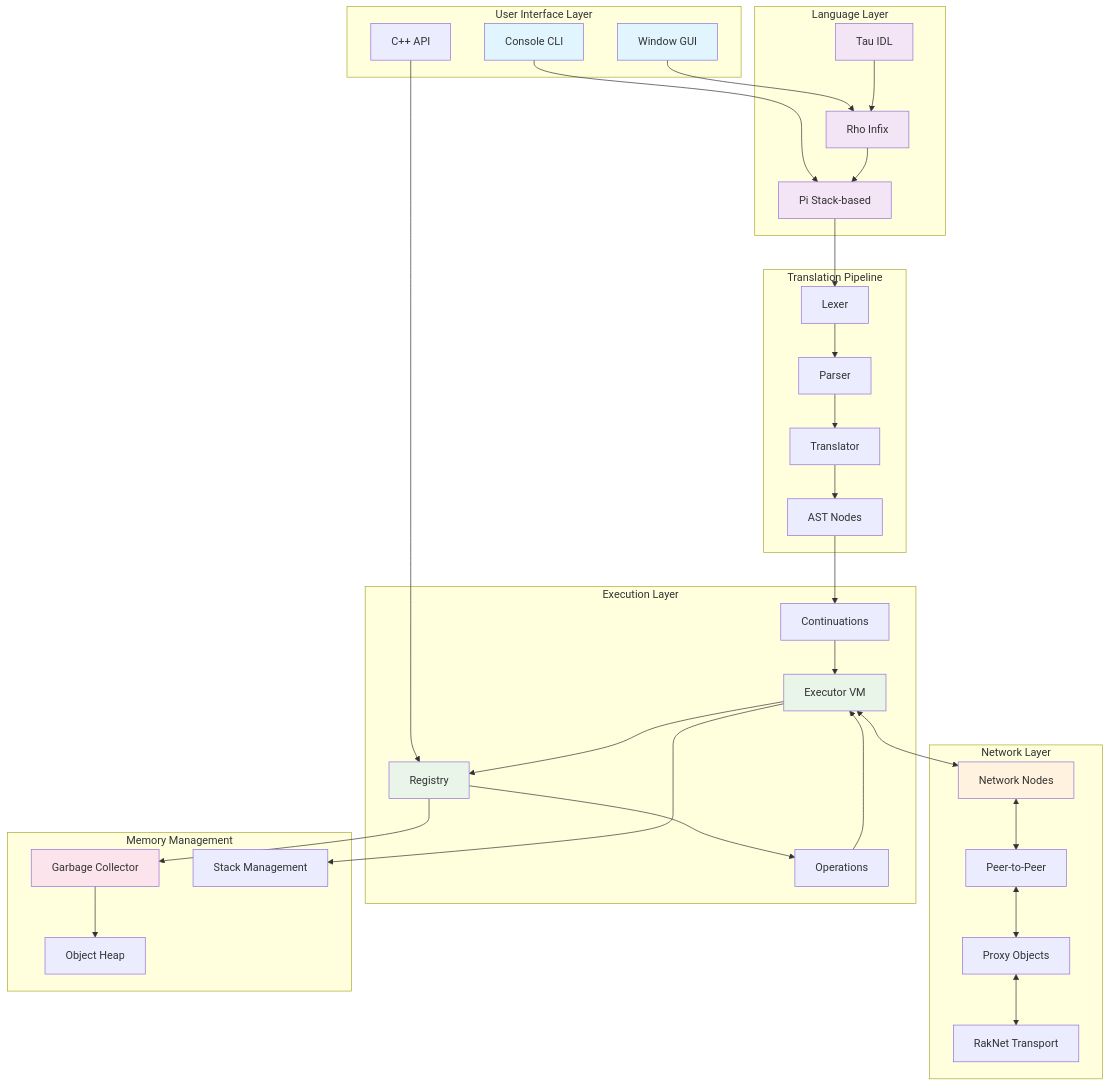
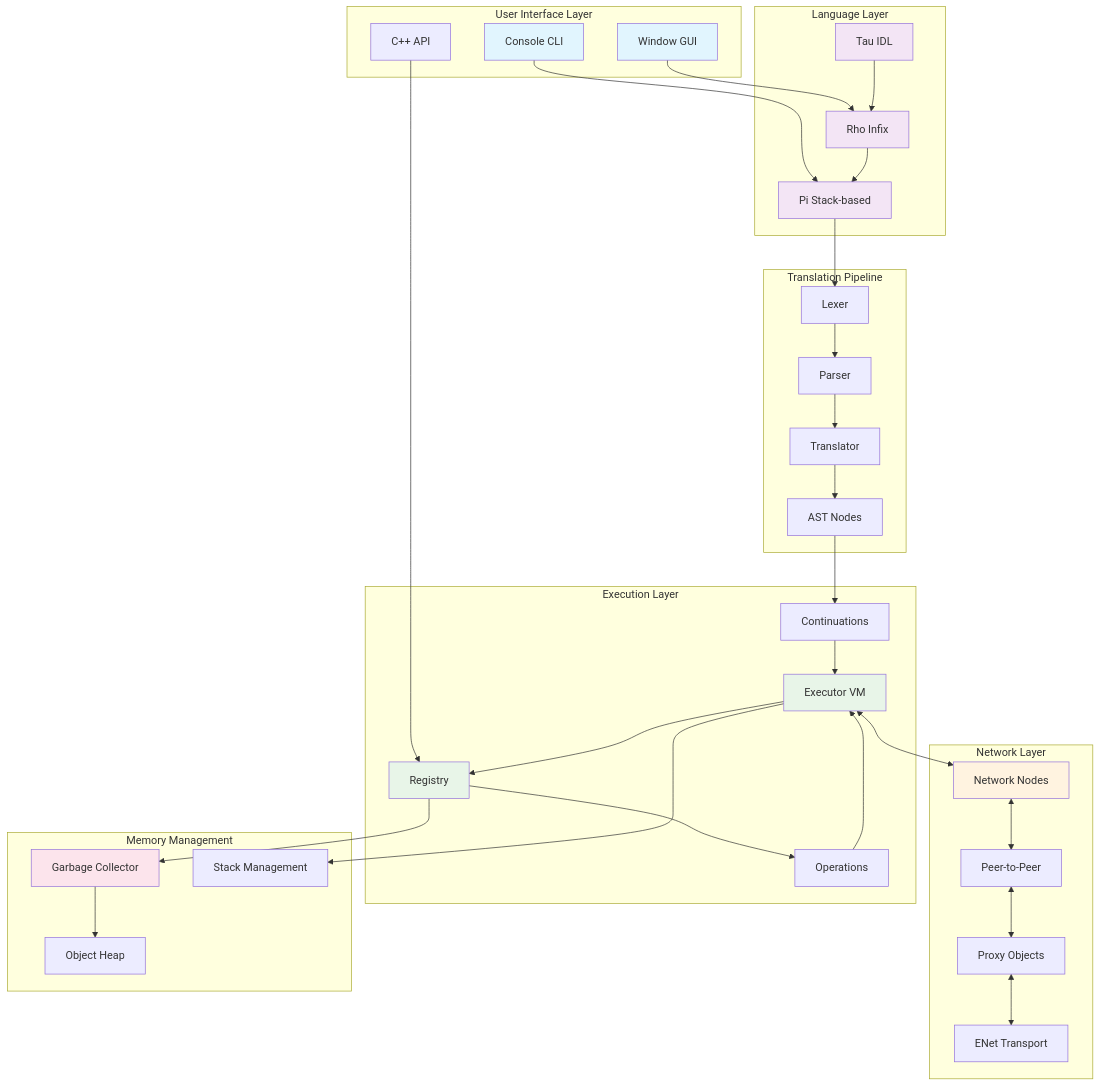
One commit to cschladetsch/CppKAI changed the first of 3 diagrams in resources/diagrams/overall-system-architecture.md. Above: the diagram before and after it, drawn with Mermaid. The commit also changed 136 other files, not shown here.

Commit message:
Remove RakNet and add ENet transport abstraction

````diff
--- a/resources/diagrams/overall-system-architecture.md
+++ b/resources/diagrams/overall-system-architecture.md
@@ -5,78 +5,78 @@
 ```mermaid
 graph TB
     subgraph "User Interface Layer"
         CLI[Console CLI]
         WIN[Window GUI]
         API[C++ API]
     end
     
     subgraph "Language Layer"
         TAU["Tau IDL"]
         RHO["Rho Infix"]
         PI["Pi Stack-based"]
     end
     
     subgraph "Translation Pipeline"
         LEX[Lexer]
         PAR[Parser] 
         TRA[Translator]
         AST[AST Nodes]
     end
     
     subgraph "Execution Layer"
         EXE[Executor VM]
         REG[Registry]
         CON[Continuations]
         OPS[Operations]
     end
     
     subgraph "Network Layer"
         NODE[Network Nodes]
         PEER[Peer-to-Peer]
         PROXY[Proxy Objects]
-        RAKNET[RakNet Transport]
+        ENET[ENet Transport]
     end
     
     subgraph "Memory Management"
         GC[Garbage Collector]
         HEAP[Object Heap]
         STACK[Stack Management]
     end
     
     CLI --> PI
     WIN --> RHO
     API --> REG
     
     TAU --> RHO
     RHO --> PI
     PI --> LEX
     
     LEX --> PAR
     PAR --> TRA
     TRA --> AST
     AST --> CON
     
     CON --> EXE
     EXE --> REG
     REG --> OPS
     OPS --> EXE
     
     EXE <--> NODE
     NODE <--> PEER
     PEER <--> PROXY
-    PROXY <--> RAKNET
+    PROXY <--> ENET
     
     REG --> GC
     GC --> HEAP
     EXE --> STACK
     
     style CLI fill:#e1f5fe
     style WIN fill:#e1f5fe
     style TAU fill:#f3e5f5  
     style RHO fill:#f3e5f5
     style PI fill:#f3e5f5
     style EXE fill:#e8f5e8
     style REG fill:#e8f5e8
     style NODE fill:#fff3e0
     style GC fill:#fce4ec
 ```
````
